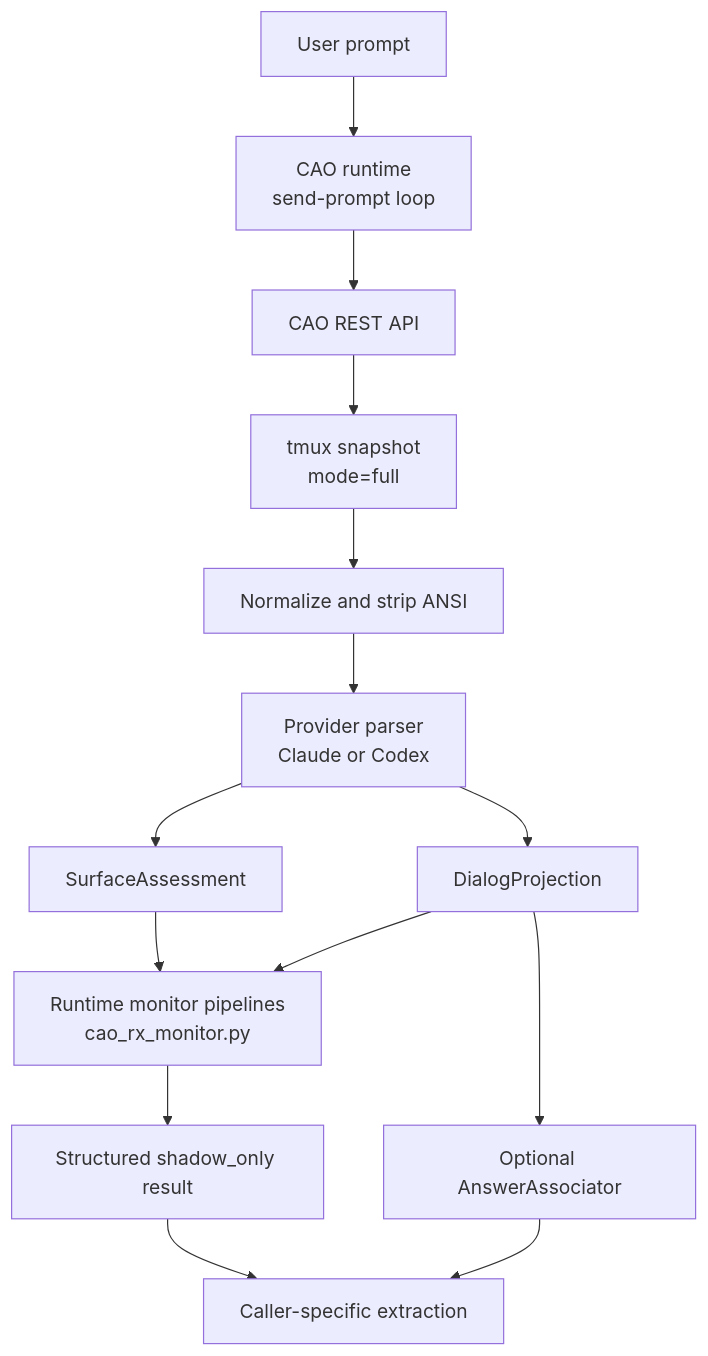
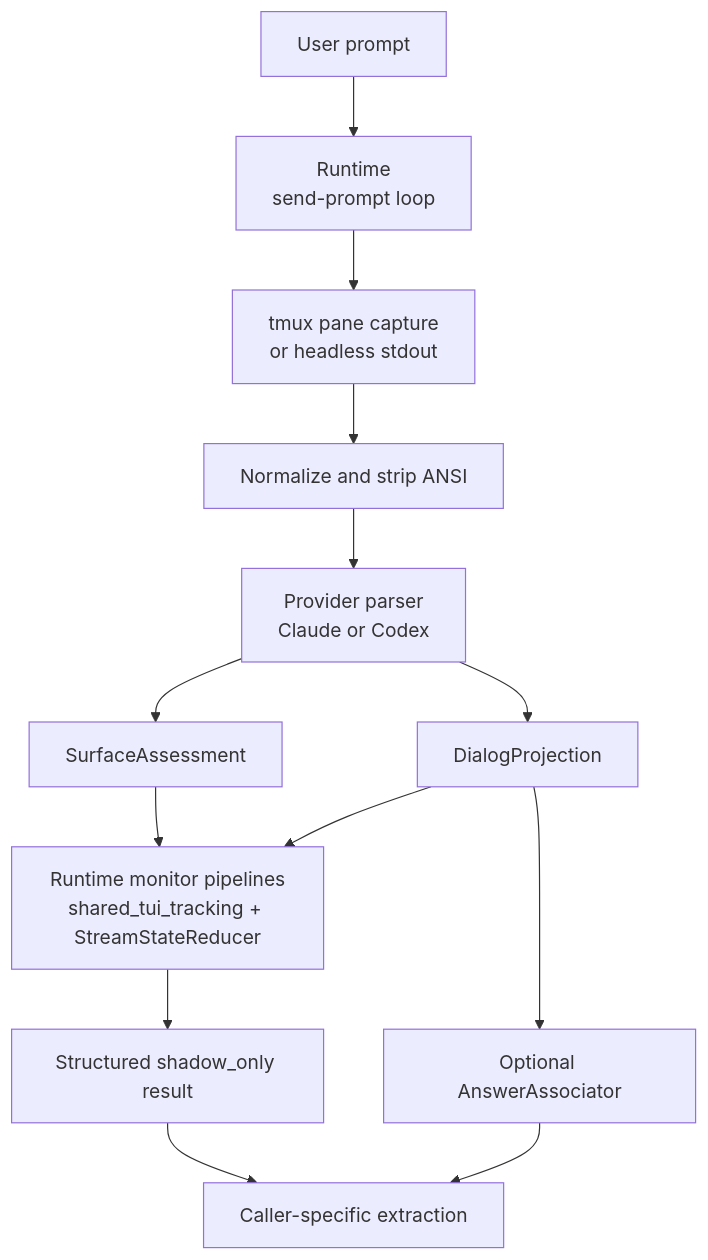
One commit to igamenovoer/houmao changed the diagram in docs/developer/tui-parsing/architecture.md. Above: the diagram before and after it, drawn with Mermaid. The commit also changed other lines of this file and 74 other files, not shown here.

````diff
--- a/docs/developer/tui-parsing/architecture.md
+++ b/docs/developer/tui-parsing/architecture.md
@@ -22,16 +22,15 @@
 ```mermaid
 flowchart TD
-    U[User prompt] --> RT[CAO runtime<br/>send-prompt loop]
-    RT --> CAO[CAO REST API]
-    CAO --> TMUX[tmux snapshot<br/>mode=full]
+    U[User prompt] --> RT[Runtime<br/>send-prompt loop]
+    RT --> TMUX[tmux pane capture<br/>or headless stdout]
     TMUX --> N[Normalize and strip ANSI]
     N --> PP[Provider parser<br/>Claude or Codex]
     PP --> SA[SurfaceAssessment]
     PP --> DP[DialogProjection]
-    SA --> RM[Runtime monitor pipelines<br/>cao_rx_monitor.py]
+    SA --> RM[Runtime monitor pipelines<br/>shared_tui_tracking + StreamStateReducer]
     DP --> RM
     DP --> AA[Optional AnswerAssociator]
     RM --> RES[Structured shadow_only result]
     AA --> CALLER[Caller-specific extraction]
     RES --> CALLER
 ```
````
